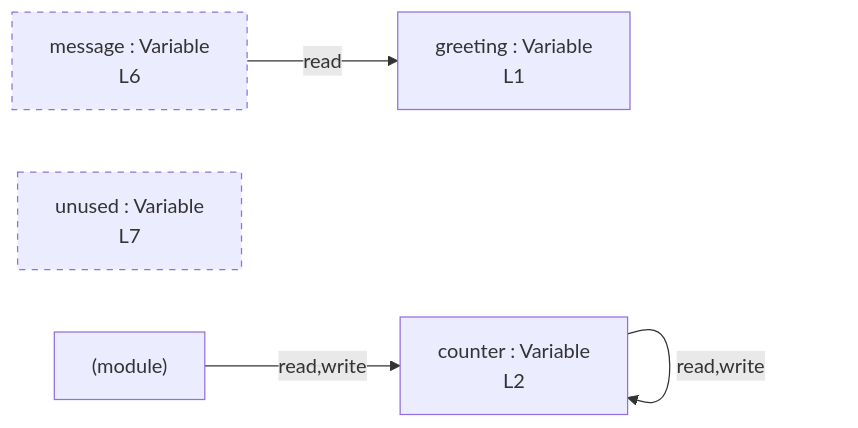
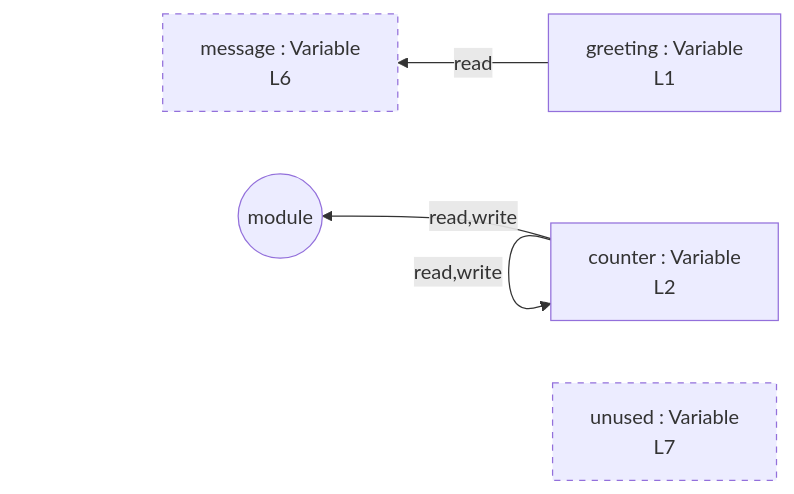
Before and after one commit to crescware/unsnarl: the diagram in integration/fixtures/simple-const-let/preview.md, drawn with Mermaid. The commit also changed 27 other files, not shown here.

First line of the commit message:
feat(mermaid): subgraphs + RL layout + dataflow arrows

````diff
--- a/integration/fixtures/simple-const-let/preview.md
+++ b/integration/fixtures/simple-const-let/preview.md
@@ -17,16 +17,16 @@
 ```mermaid
-flowchart LR
+flowchart RL
   n_scope_0_greeting_6["greeting : Variable\nL1"]
   n_scope_0_counter_30["counter : Variable\nL2"]
   n_scope_0_message_97["message : Variable\nL6"]
   n_scope_0_unused_123["unused : Variable\nL7"]
   n_scope_0_counter_30 -->|write| n_scope_0_counter_30
   n_scope_0_counter_30 -->|read| n_scope_0_counter_30
   n_scope_0_counter_30 -->|read,write| n_scope_0_counter_30
-  module_root -->|read,write| n_scope_0_counter_30
-  n_scope_0_message_97 -->|read| n_scope_0_greeting_6
-  module_root["(module)"]
+  n_scope_0_counter_30 -->|read,write| module_root
+  n_scope_0_greeting_6 -->|read| n_scope_0_message_97
+  module_root((module))
   classDef unused stroke-dasharray: 5 5;
   class n_scope_0_message_97 unused;
   class n_scope_0_unused_123 unused;
 ```
````
